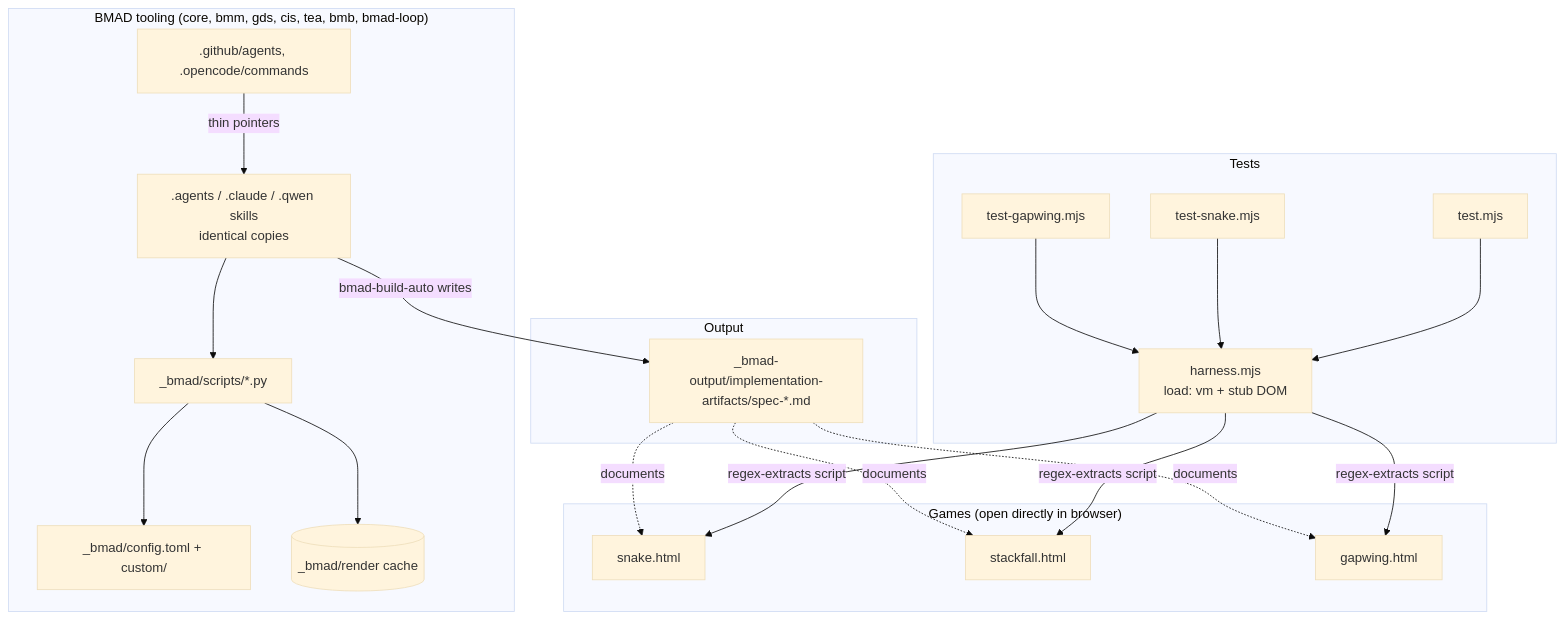
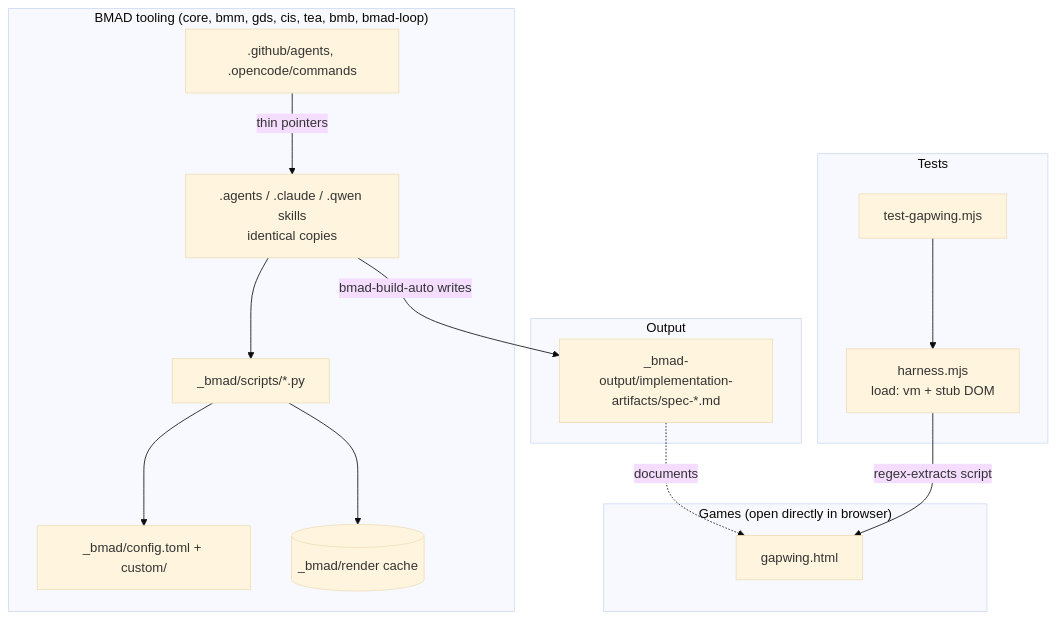
The first of 3 diagrams in docs/CODEBASE_MAP.md (KPharcos/retro-games), drawn with Mermaid (base theme) before and after one commit. The commit also changed other lines of this file and 8 other files, not shown here.

First line of the commit message:
Drop Snake and Stackfall, keep only Gapwing

````diff
--- a/docs/CODEBASE_MAP.md
+++ b/docs/CODEBASE_MAP.md
@@ -17,38 +17,28 @@
 ```mermaid
 graph TB
     subgraph Games["Games (open directly in browser)"]
-        Snake[snake.html]
-        Stack[stackfall.html]
         Gap[gapwing.html]
     end
     subgraph Tests
         H[harness.mjs<br/>load: vm + stub DOM]
-        TS[test-snake.mjs]
-        T[test.mjs]
         TG[test-gapwing.mjs]
     end
     subgraph BMAD["BMAD tooling (core, bmm, gds, cis, tea, bmb, bmad-loop)"]
         Cfg[_bmad/config.toml + custom/]
         Scripts[_bmad/scripts/*.py]
         Render[(_bmad/render cache)]
         Skills[.agents / .claude / .qwen skills<br/>identical copies]
         Adapters[.github/agents, .opencode/commands]
     end
     subgraph Output
         Specs[_bmad-output/implementation-artifacts/spec-*.md]
     end
-    T --> H
-    TS --> H
     TG --> H
-    H -->|regex-extracts script| Stack
-    H -->|regex-extracts script| Snake
     H -->|regex-extracts script| Gap
     Skills --> Scripts
     Scripts --> Cfg
     Scripts --> Render
     Adapters -->|thin pointers| Skills
     Skills -->|bmad-build-auto writes| Specs
-    Specs -.documents.-> Snake
-    Specs -.documents.-> Stack
     Specs -.documents.-> Gap
 ```
````
